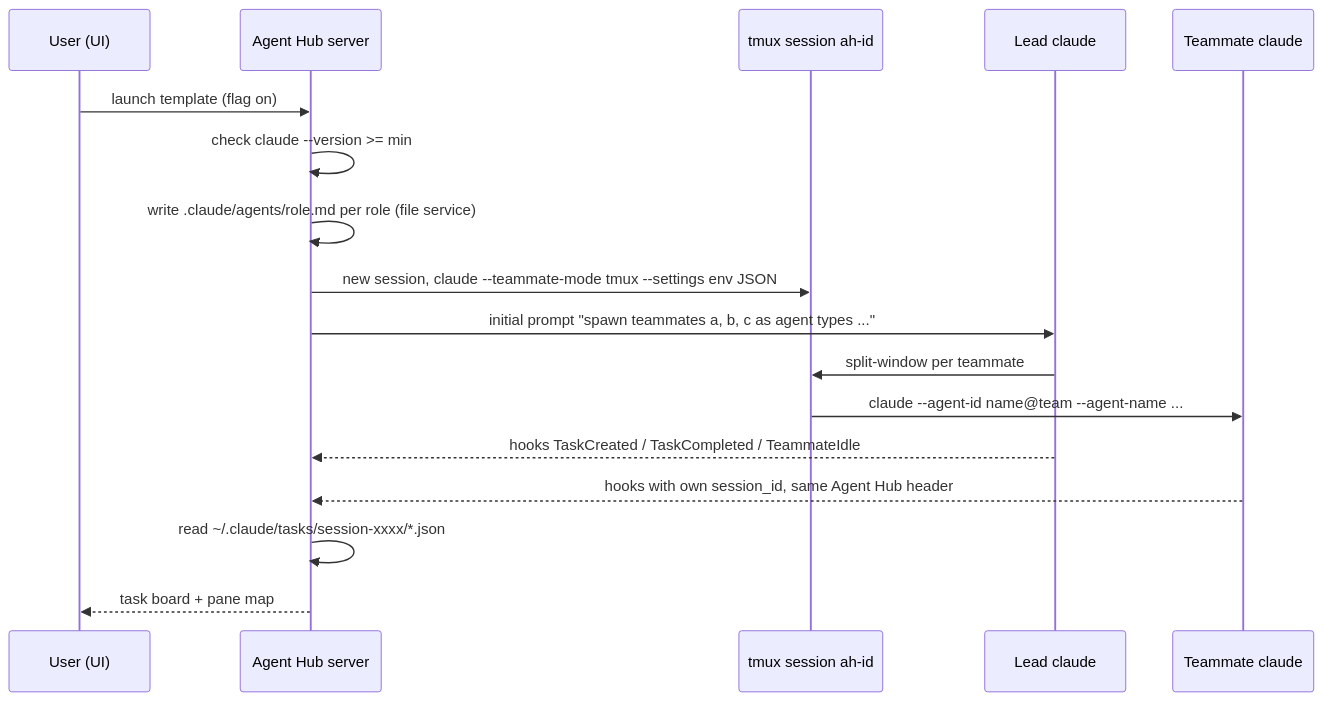
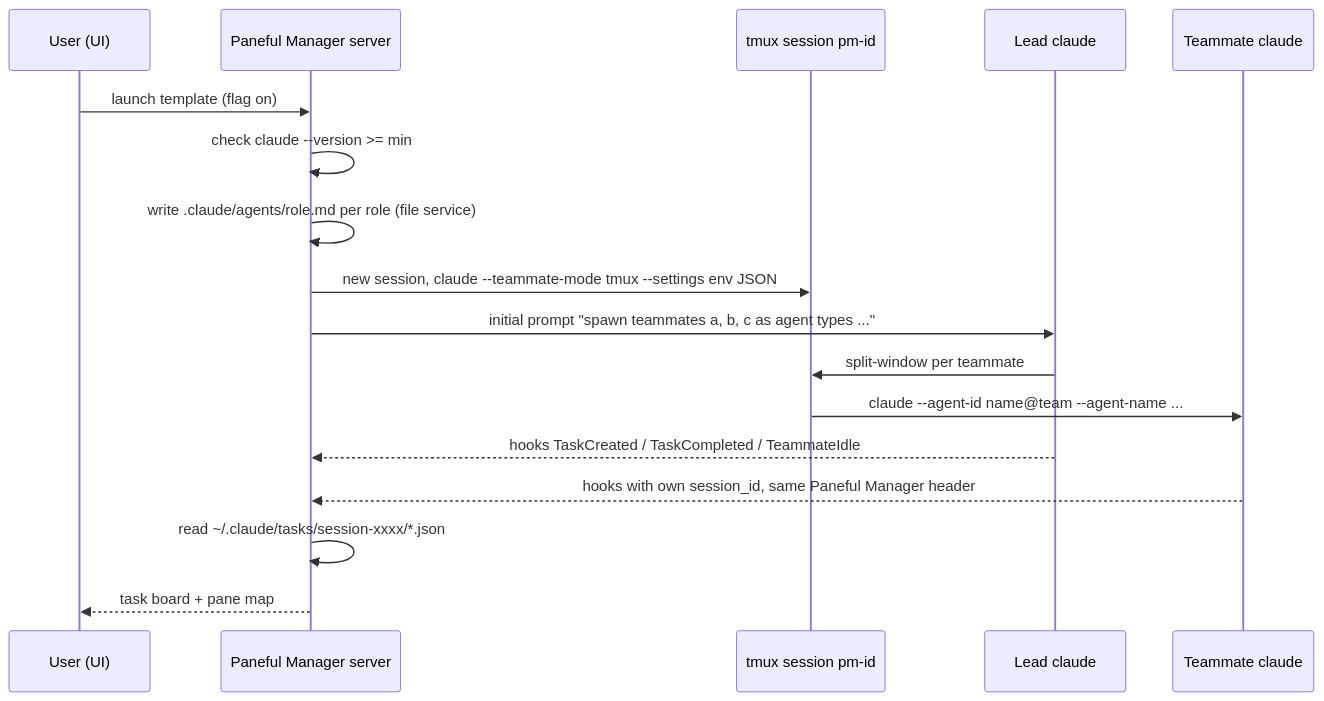
The first of 2 diagrams in docs/adr/0010-agent-teams.md (Dev-Sebi/Paneful-Manager), drawn with Mermaid before and after one commit. The commit also changed other lines of this file and 42 other files, not shown here.

Commit message:
refactor: renamed agent hub to paneful manager in the docs and examples @1m

````diff
--- a/docs/adr/0010-agent-teams.md
+++ b/docs/adr/0010-agent-teams.md
@@ -53,19 +53,19 @@
 ```mermaid
 sequenceDiagram
     participant U as User (UI)
-    participant S as Agent Hub server
-    participant T as tmux session ah-id
+    participant S as Paneful Manager server
+    participant T as tmux session pm-id
     participant L as Lead claude
     participant M as Teammate claude
     U->>S: launch template (flag on)
     S->>S: check claude --version >= min
     S->>S: write .claude/agents/role.md per role (file service)
     S->>T: new session, claude --teammate-mode tmux --settings env JSON
     S->>L: initial prompt "spawn teammates a, b, c as agent types ..."
     L->>T: split-window per teammate
     T->>M: claude --agent-id name@team --agent-name ...
     L-->>S: hooks TaskCreated / TaskCompleted / TeammateIdle
-    M-->>S: hooks with own session_id, same Agent Hub header
+    M-->>S: hooks with own session_id, same Paneful Manager header
     S->>S: read ~/.claude/tasks/session-xxxx/*.json
     S-->>U: task board + pane map
 ```
````
